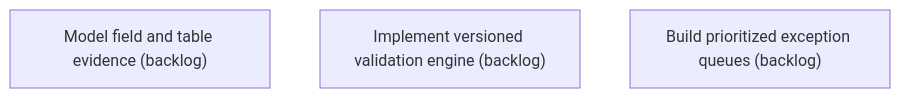
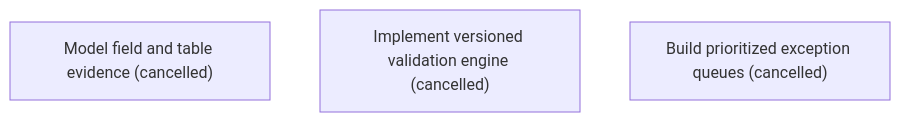
The diagram in .skyhook/plan/epics/G2T8V1PT0VBT62KQZX322TK77E.md (asadayoub/Evidentia), drawn with Mermaid before and after one commit. The commit also changed other lines of this file and 54 other files, not shown here.

Commit message:
docs(skyhook): adopt interaction-first delivery roadmap

````diff
--- a/.skyhook/plan/epics/G2T8V1PT0VBT62KQZX322TK77E.md
+++ b/.skyhook/plan/epics/G2T8V1PT0VBT62KQZX322TK77E.md
@@ -22,6 +22,6 @@
 ```mermaid
 flowchart TD
-    XPNG59AKNVHXYMPRFWR71DSE0C["Model field and table evidence (backlog)"]
-    06SRF2HBM8APTGA5RP2D9XS3JP["Implement versioned validation engine (backlog)"]
-    WJN4QJFCJQ98V9Q35KDDVW0HGN["Build prioritized exception queues (backlog)"]
+    XPNG59AKNVHXYMPRFWR71DSE0C["Model field and table evidence (cancelled)"]
+    06SRF2HBM8APTGA5RP2D9XS3JP["Implement versioned validation engine (cancelled)"]
+    WJN4QJFCJQ98V9Q35KDDVW0HGN["Build prioritized exception queues (cancelled)"]
 ```
````
